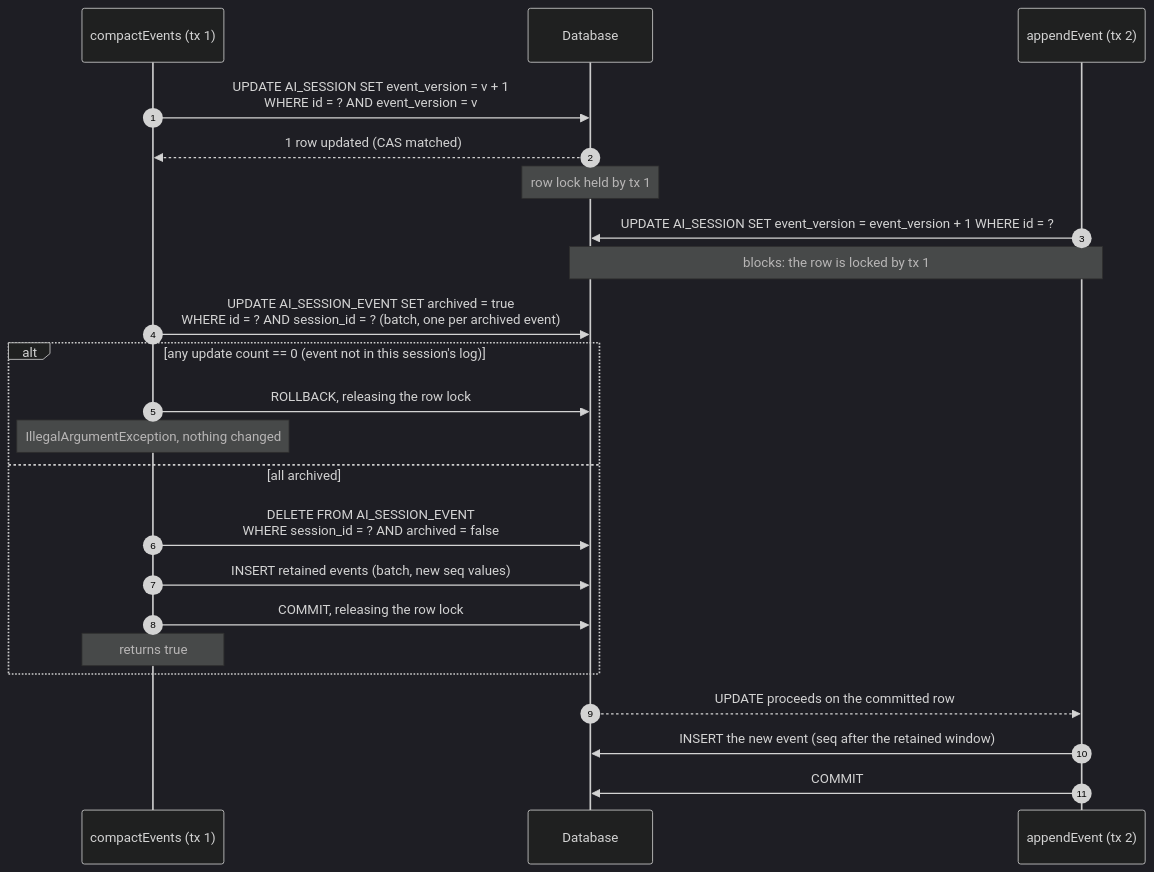
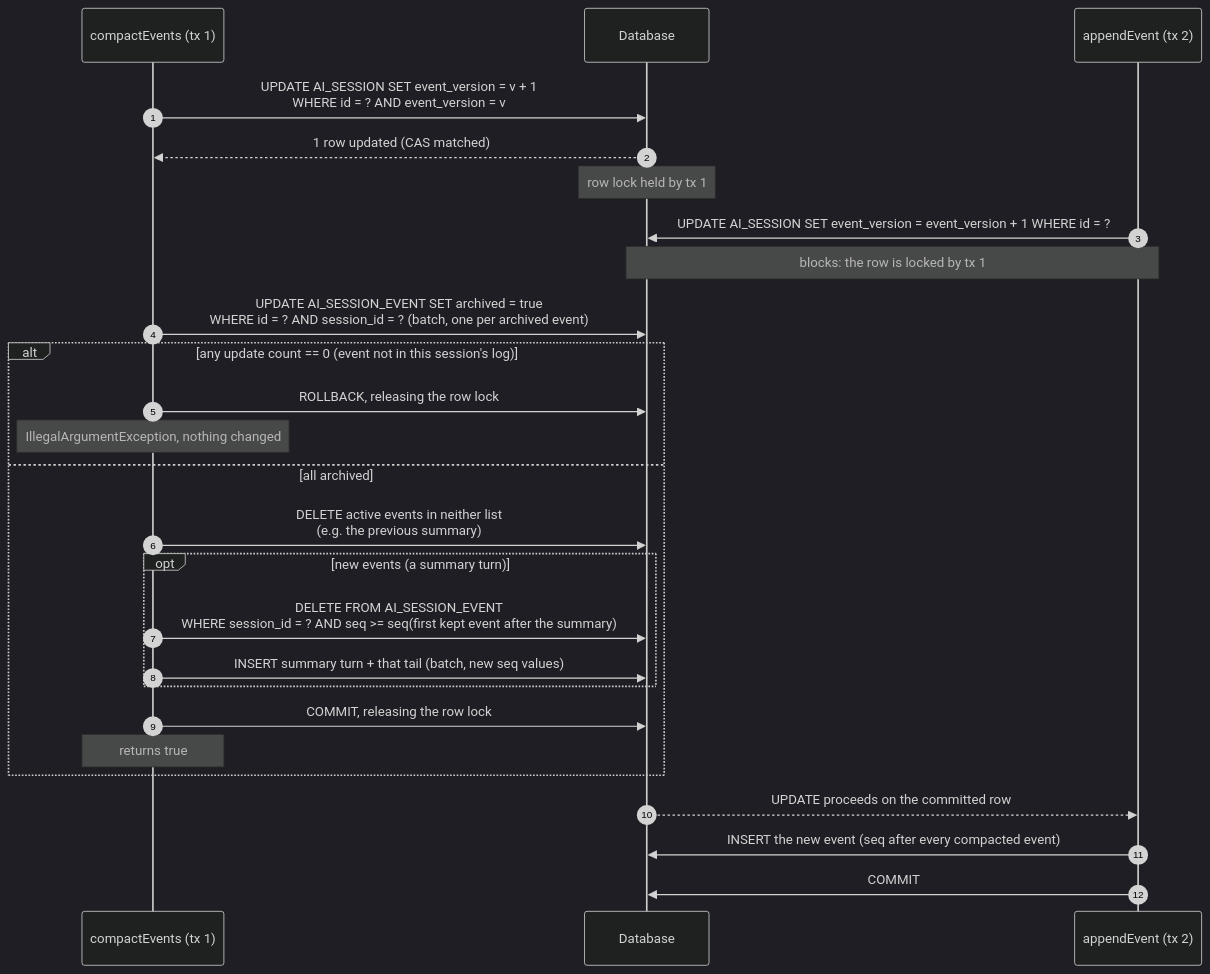
The seventh of 7 diagrams in docs/session-management/compaction-internals.md (andotorg/spring-ai-session), drawn with Mermaid (dark theme) before and after one commit. The commit also changed other lines of this file and 22 other files, not shown here.

````diff
--- a/docs/session-management/compaction-internals.md
+++ b/docs/session-management/compaction-internals.md
@@ -358,26 +360,29 @@
 ```mermaid
 sequenceDiagram
     autonumber
     participant C as compactEvents (tx 1)
     participant DB as Database
     participant A as appendEvent (tx 2)
 
     C->>DB: UPDATE AI_SESSION SET event_version = v + 1<br/>WHERE id = ? AND event_version = v
     DB-->>C: 1 row updated (CAS matched)
     Note over DB: row lock held by tx 1
     A->>DB: UPDATE AI_SESSION SET event_version = event_version + 1 WHERE id = ?
     Note over A,DB: blocks: the row is locked by tx 1
     C->>DB: UPDATE AI_SESSION_EVENT SET archived = true<br/>WHERE id = ? AND session_id = ? (batch, one per archived event)
     alt any update count == 0 (event not in this session's log)
         C->>DB: ROLLBACK, releasing the row lock
         Note over C: IllegalArgumentException, nothing changed
     else all archived
-        C->>DB: DELETE FROM AI_SESSION_EVENT<br/>WHERE session_id = ? AND archived = false
-        C->>DB: INSERT retained events (batch, new seq values)
+        C->>DB: DELETE active events in neither list<br/>(e.g. the previous summary)
+        opt new events (a summary turn)
+            C->>DB: DELETE FROM AI_SESSION_EVENT<br/>WHERE session_id = ? AND seq >= seq(first kept event after the summary)
+            C->>DB: INSERT summary turn + that tail (batch, new seq values)
+        end
         C->>DB: COMMIT, releasing the row lock
         Note over C: returns true
     end
     DB-->>A: UPDATE proceeds on the committed row
-    A->>DB: INSERT the new event (seq after the retained window)
+    A->>DB: INSERT the new event (seq after every compacted event)
     A->>DB: COMMIT
 ```
````
